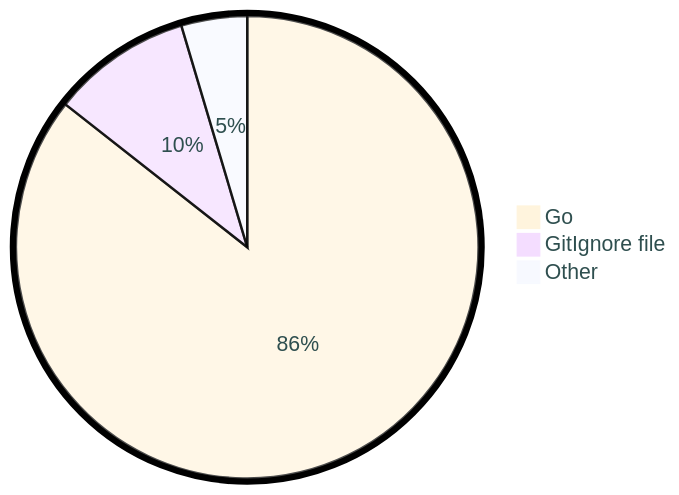
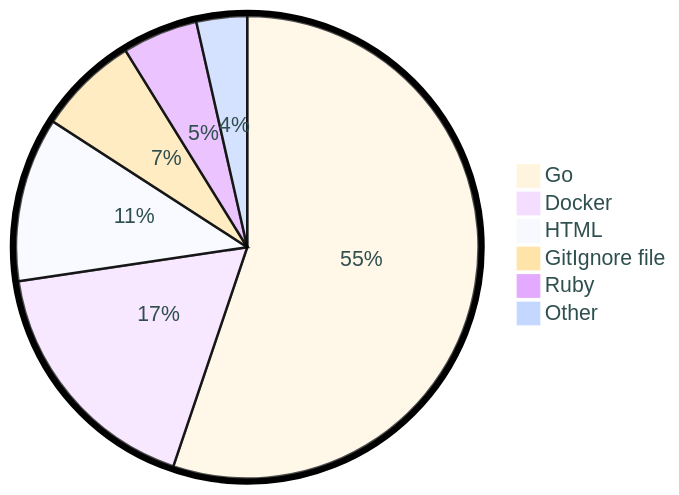
One commit to tot0p/tot0p changed the diagram in README.md. Above: the diagram before and after it, drawn with Mermaid. The commit also changed other lines of this file, not shown here.

````diff
--- a/README.md
+++ b/README.md
@@ -77,7 +81,10 @@
 ```mermaid
 %%{init: {"pie": {"textPosition": 0.5}, "themeVariables": {"pieOuterStrokeWidth": "5px","primaryTextColor" : "#2F4F4F"},"theme":"base"} }%%
 pie
-	"Go": 85.6
-	"GitIgnore file": 9.8
-	"Other": 4.6000000000000005
+	"Go": 55.18
+	"Docker": 17.47
+	"HTML": 11.49
+	"GitIgnore file": 7.04
+	"Ruby": 5.28
+	"Other": 3.54
 ```
````
